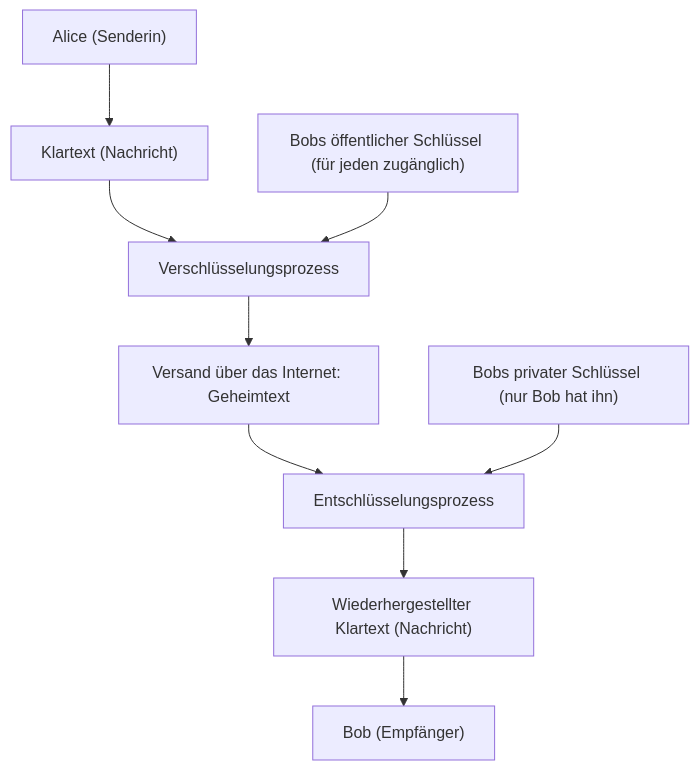
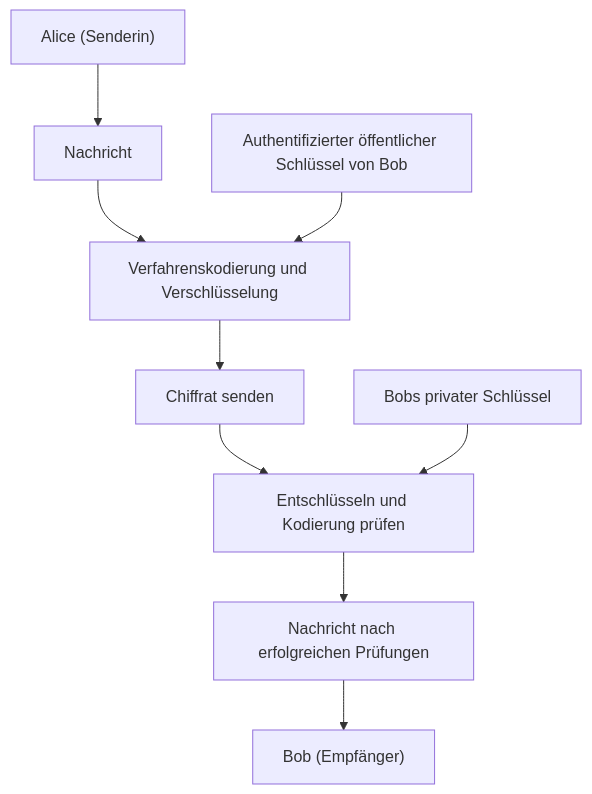
Before and after one commit to kenjinote/blog: the first of 3 diagrams in content/post/rsa暗号の仕組みを高校生でもわかるように説明する/index.de.md, drawn with Mermaid. The commit also changed other lines of this file and 5 other files, not shown here.

````diff
--- a/content/post/rsa暗号の仕組みを高校生でもわかるように説明する/index.de.md
+++ b/content/post/rsa暗号の仕組みを高校生でもわかるように説明する/index.de.md
@@ -45,11 +23,11 @@
 ```mermaid
 graph TD
-    A["Alice (Senderin)"] --> B["Klartext (Nachricht)"]
-    B --> C["Verschlüsselungsprozess"]
-    D["Bobs öffentlicher Schlüssel (für jeden zugänglich)"] --> C
-    C --> E["Versand über das Internet: Geheimtext"]
-    E --> F["Entschlüsselungsprozess"]
-    G["Bobs privater Schlüssel (nur Bob hat ihn)"] --> F
-    F --> H["Wiederhergestellter Klartext (Nachricht)"]
+    A["Alice (Senderin)"] --> B["Nachricht"]
+    B --> C["Verfahrenskodierung und Verschlüsselung"]
+    D["Authentifizierter öffentlicher Schlüssel von Bob"] --> C
+    C --> E["Chiffrat senden"]
+    E --> F["Entschlüsseln und Kodierung prüfen"]
+    G["Bobs privater Schlüssel"] --> F
+    F --> H["Nachricht nach erfolgreichen Prüfungen"]
     H --> I["Bob (Empfänger)"]
 ```
````
